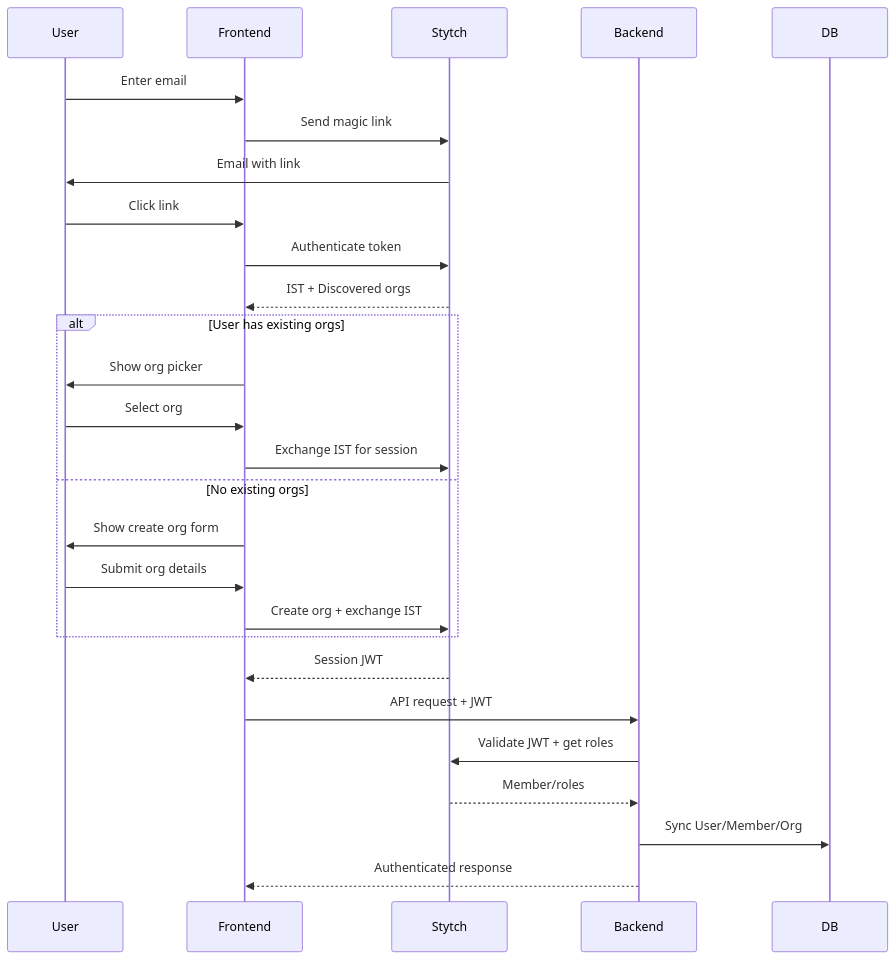
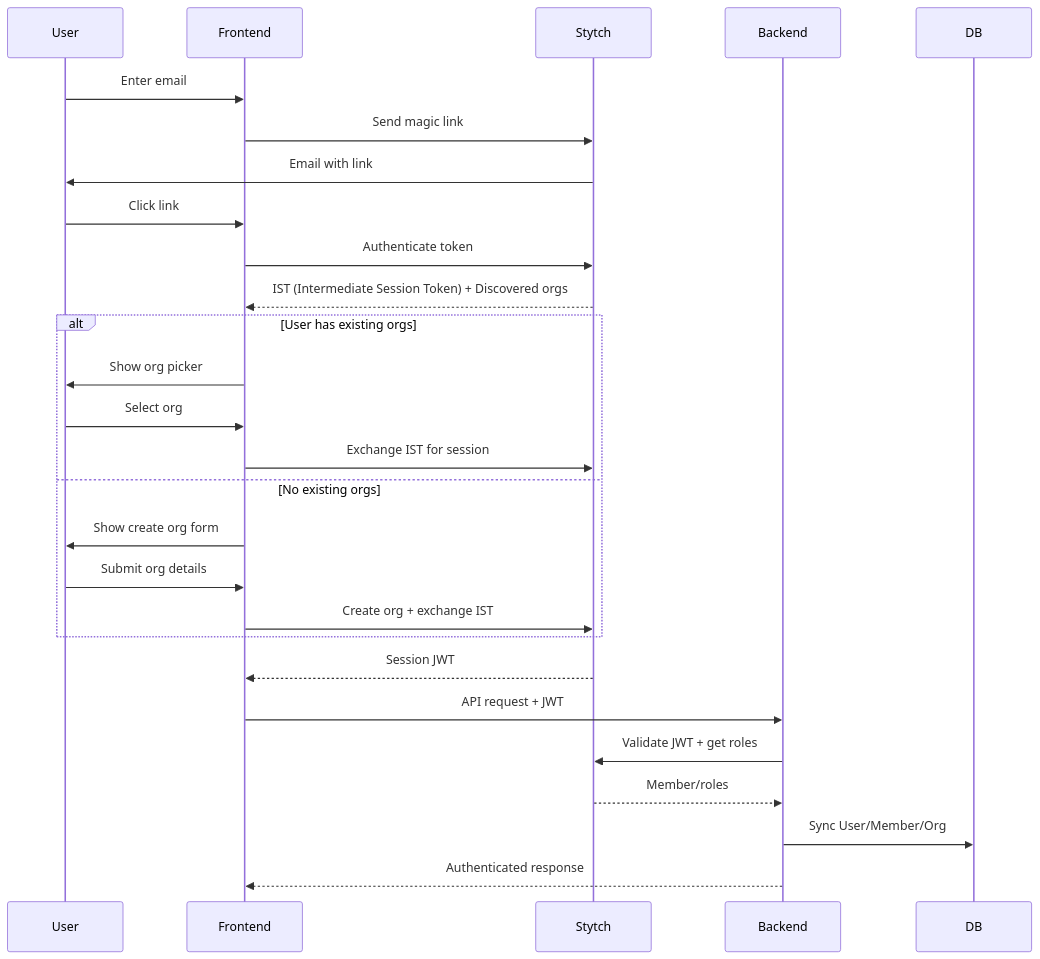
The first of 2 diagrams in docs/features/authentication.md (pikaia-dev/pikaia), drawn with Mermaid before and after one commit. The commit also changed other lines of this file, not shown here.

````diff
--- a/docs/features/authentication.md
+++ b/docs/features/authentication.md
@@ -14,32 +14,32 @@
 ```mermaid
 sequenceDiagram
     participant User
     participant Frontend
     participant Stytch
     participant Backend
     participant DB
 
     User->>Frontend: Enter email
     Frontend->>Stytch: Send magic link
     Stytch->>User: Email with link
     User->>Frontend: Click link
     Frontend->>Stytch: Authenticate token
-    Stytch-->>Frontend: IST + Discovered orgs
+    Stytch-->>Frontend: IST (Intermediate Session Token) + Discovered orgs
 
     alt User has existing orgs
         Frontend->>User: Show org picker
         User->>Frontend: Select org
         Frontend->>Stytch: Exchange IST for session
     else No existing orgs
         Frontend->>User: Show create org form
         User->>Frontend: Submit org details
         Frontend->>Stytch: Create org + exchange IST
     end
 
     Stytch-->>Frontend: Session JWT
     Frontend->>Backend: API request + JWT
     Backend->>Stytch: Validate JWT + get roles
     Stytch-->>Backend: Member/roles
     Backend->>DB: Sync User/Member/Org
     Backend-->>Frontend: Authenticated response
 ```
````
